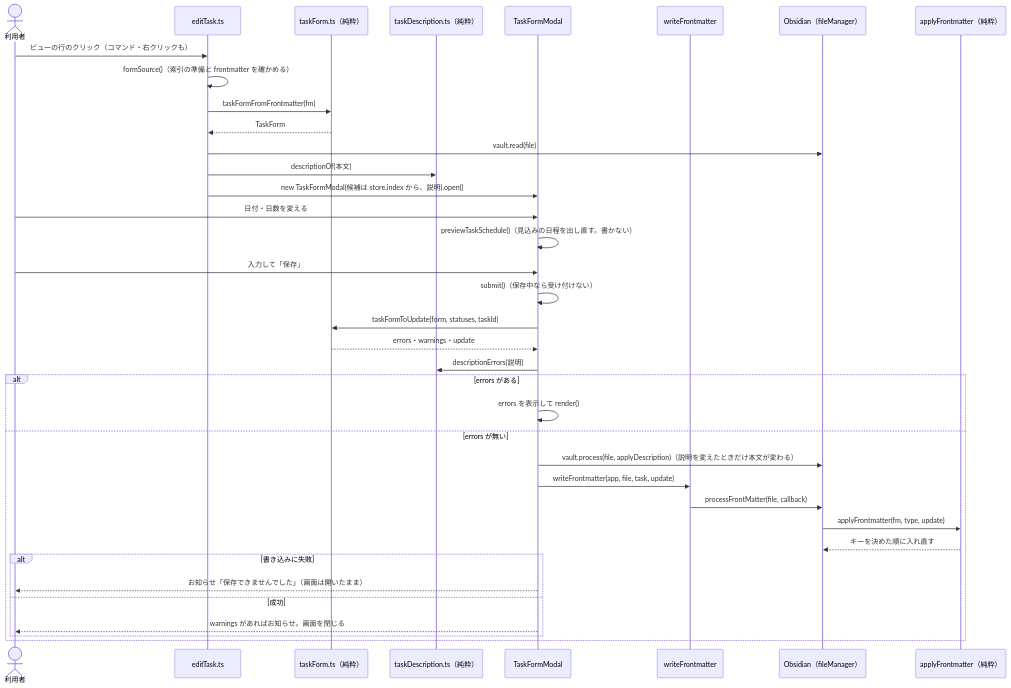
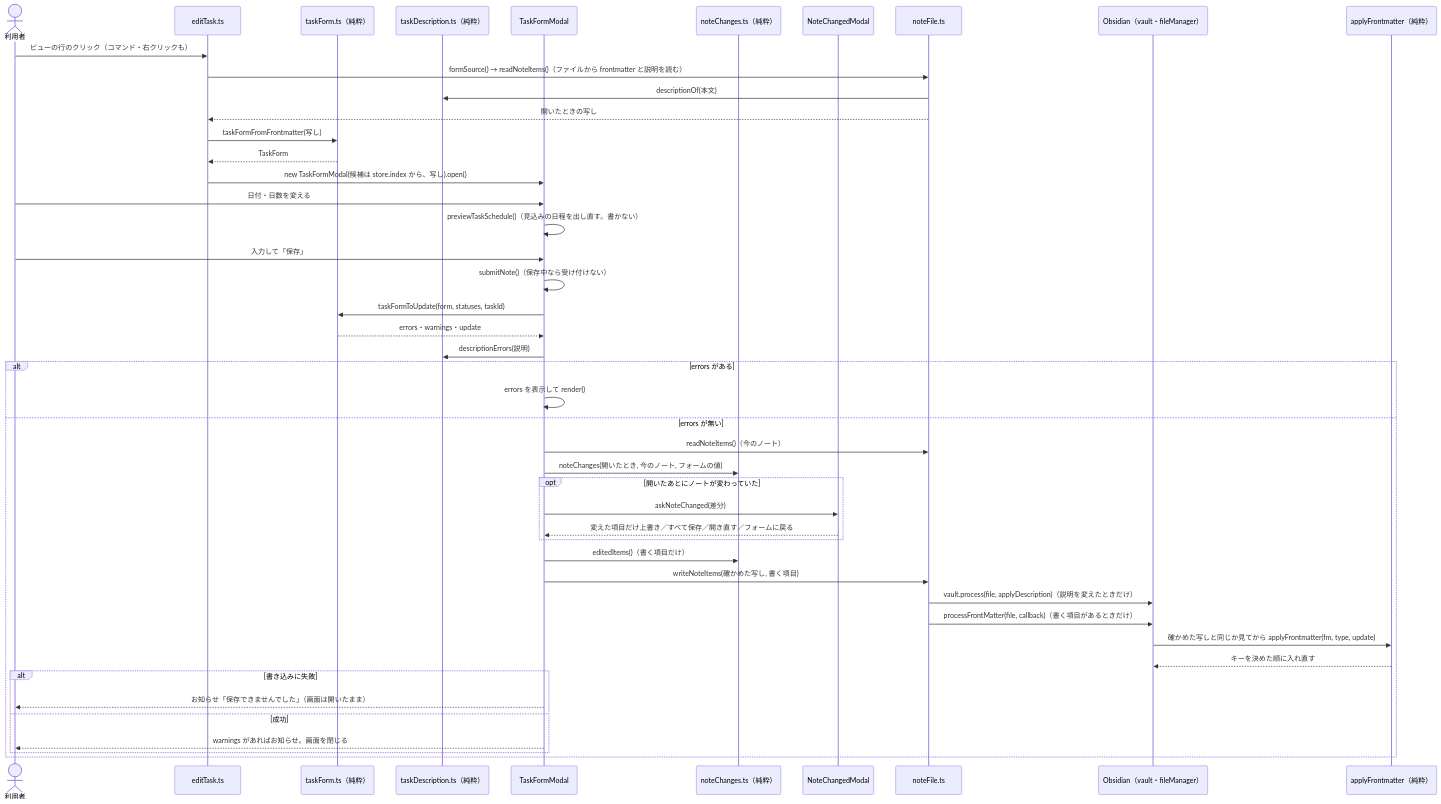
One commit to 2JO-code/2JO-dev-obsidian-pm-plugin changed the seventh of 7 diagrams in docs/DIAGRAMS.md. Above: the diagram before and after it, drawn with Mermaid. The commit also changed other lines of this file and 16 other files, not shown here.

````diff
--- a/docs/DIAGRAMS.md
+++ b/docs/DIAGRAMS.md
@@ -485,40 +486,49 @@
 ```mermaid
 sequenceDiagram
 	actor U as 利用者
 	participant E as editTask.ts
 	participant F as taskForm.ts（純粋）
 	participant D as taskDescription.ts（純粋）
 	participant M as TaskFormModal
-	participant W as writeFrontmatter
-	participant O as Obsidian（fileManager）
+	participant C as noteChanges.ts（純粋）
+	participant Q as NoteChangedModal
+	participant W as noteFile.ts
+	participant O as Obsidian（vault・fileManager）
 	participant A as applyFrontmatter（純粋）
 
 	U->>E: ビューの行のクリック（コマンド・右クリックも）
-	E->>E: formSource()（索引の準備と frontmatter を確かめる）
-	E->>F: taskFormFromFrontmatter(fm)
+	E->>W: formSource() → readNoteItems()（ファイルから frontmatter と説明を読む）
+	W->>D: descriptionOf(本文)
+	W-->>E: 開いたときの写し
+	E->>F: taskFormFromFrontmatter(写し)
 	F-->>E: TaskForm
-	E->>O: vault.read(file)
-	E->>D: descriptionOf(本文)
-	E->>M: new TaskFormModal(候補は store.index から、説明).open()
+	E->>M: new TaskFormModal(候補は store.index から、写し).open()
 	U->>M: 日付・日数を変える
 	M->>M: previewTaskSchedule()（見込みの日程を出し直す。書かない）
 	U->>M: 入力して「保存」
-	M->>M: submit()（保存中なら受け付けない）
+	M->>M: submitNote()（保存中なら受け付けない）
 	M->>F: taskFormToUpdate(form, statuses, taskId)
 	F-->>M: errors・warnings・update
 	M->>D: descriptionErrors(説明)
 	alt errors がある
 		M->>M: errors を表示して render()
 	else errors が無い
-		M->>O: vault.process(file, applyDescription)（説明を変えたときだけ本文が変わる）
-		M->>W: writeFrontmatter(app, file, task, update)
-		W->>O: processFrontMatter(file, callback)
-		O->>A: applyFrontmatter(fm, type, update)
+		M->>W: readNoteItems()（今のノート）
+		M->>C: noteChanges(開いたとき, 今のノート, フォームの値)
+		opt 開いたあとにノートが変わっていた
+			M->>Q: askNoteChanged(差分)
+			Q-->>M: 変えた項目だけ上書き／すべて保存／開き直す／フォームに戻る
+		end
+		M->>C: editedItems()（書く項目だけ）
+		M->>W: writeNoteItems(確かめた写し, 書く項目)
+		W->>O: vault.process(file, applyDescription)（説明を変えたときだけ）
+		W->>O: processFrontMatter(file, callback)（書く項目があるときだけ）
+		O->>A: 確かめた写しと同じか見てから applyFrontmatter(fm, type, update)
 		A-->>O: キーを決めた順に入れ直す
 		alt 書き込みに失敗
 			M-->>U: お知らせ「保存できませんでした」（画面は開いたまま）
 		else 成功
 			M-->>U: warnings があればお知らせ。画面を閉じる
 		end
 	end
 ```
````
